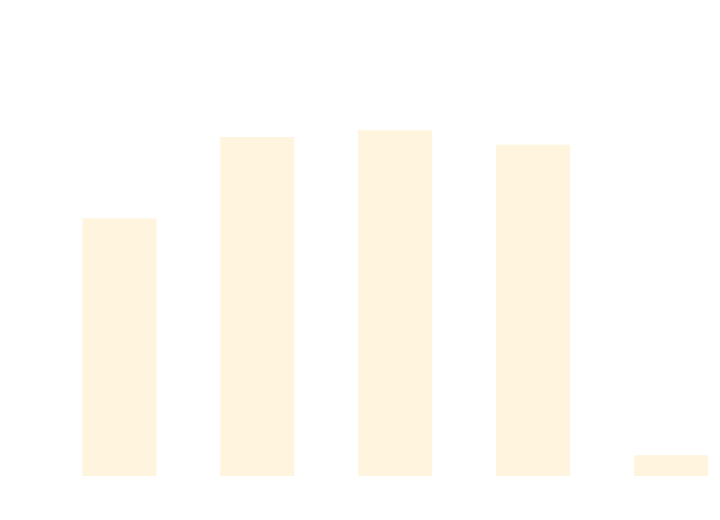
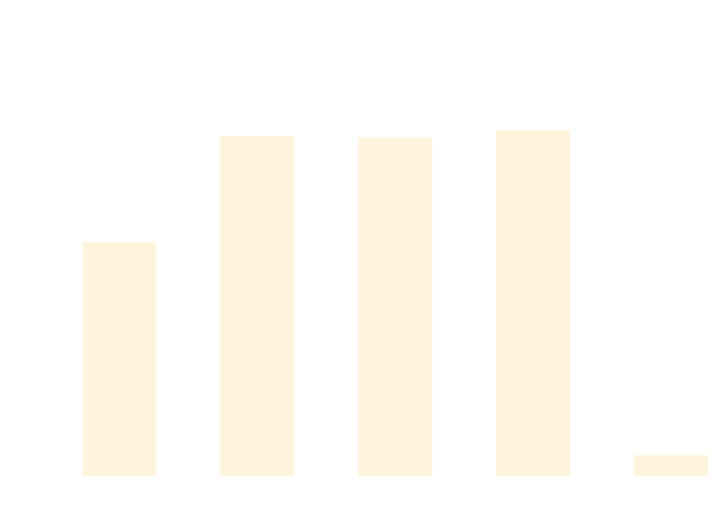
The diagram in docs/docs/benchmarks/DataDrivenTests.md (thomhurst/TUnit), drawn with Mermaid before and after one commit. The commit also changed other lines of this file and 17 other files, not shown here.

````diff
--- a/docs/docs/benchmarks/DataDrivenTests.md
+++ b/docs/docs/benchmarks/DataDrivenTests.md
@@ -27,37 +27,37 @@
 ```mermaid
 %%{init: {
   'theme':'base',
   'themeVariables': {
     'primaryColor': '#2563eb',
     'primaryTextColor': '#ffffff',
     'primaryBorderColor': '#1e40af',
     'lineColor': '#6b7280',
     'secondaryColor': '#7c3aed',
     'tertiaryColor': '#dc2626',
     'background': '#ffffff',
     'mainBkg': '#2563eb',
     'secondBkg': '#7c3aed',
     'tertiaryBkg': '#dc2626',
     'clusterBkg': '#f3f4f6',
     'edgeLabelBackground': '#ffffff',
     'tertiaryTextColor': '#1f2937',
     'pie1': '#2563eb',
     'pie2': '#7c3aed',
     'pie3': '#dc2626',
     'pie4': '#f59e0b',
     'pie5': '#10b981',
     'pie6': '#06b6d4',
     'pie7': '#ec4899',
     'pie8': '#6366f1',
     'pie9': '#84cc16',
     'pie10': '#f97316',
     'pie11': '#14b8a6',
     'pie12': '#a855f7'
   }
 }}%%
 xychart-beta
   title "DataDrivenTests Performance Comparison"
   x-axis ["TUnit", "NUnit", "MSTest", "xUnit3", "TUnit_AOT"]
-  y-axis "Time (ms)" 0 --> 806
-  bar [495.89, 657.75, 671.26, 642.38, 24.33]
+  y-axis "Time (ms)" 0 --> 783
+  bar [435.95, 640.77, 637.84, 652.36, 23.74]
 ```
````
